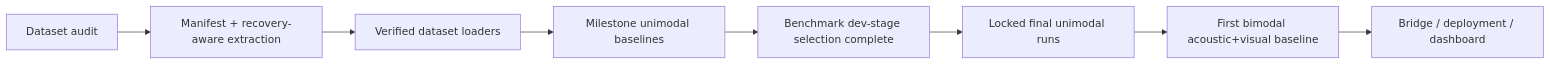
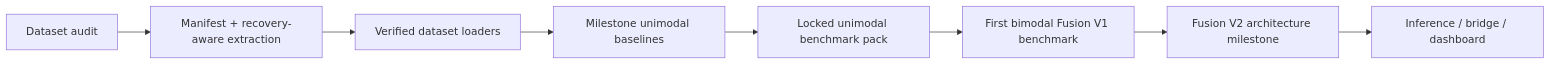
One commit to arjun7n9s/Depression-detection-DL-model changed the diagram in README.md. Above: the diagram before and after it, drawn with Mermaid. The commit also changed other lines of this file and 954 other files, not shown here.

Commit message:
Publish curated research snapshot with finalized unimodal benchmarks and Fusion V1 baseline

````diff
--- a/README.md
+++ b/README.md
@@ -96,10 +106,10 @@
 ```mermaid
 flowchart LR
     A[Dataset audit] --> B[Manifest + recovery-aware extraction]
     B --> C[Verified dataset loaders]
     C --> D[Milestone unimodal baselines]
-    D --> E[Benchmark dev-stage selection complete]
-    E --> F[Locked final unimodal runs]
-    F --> G[First bimodal acoustic+visual baseline]
-    G --> H[Bridge / deployment / dashboard]
+    D --> E[Locked unimodal benchmark pack]
+    E --> F[First bimodal Fusion V1 benchmark]
+    F --> G[Fusion V2 architecture milestone]
+    G --> H[Inference / bridge / dashboard]
 ```
````
